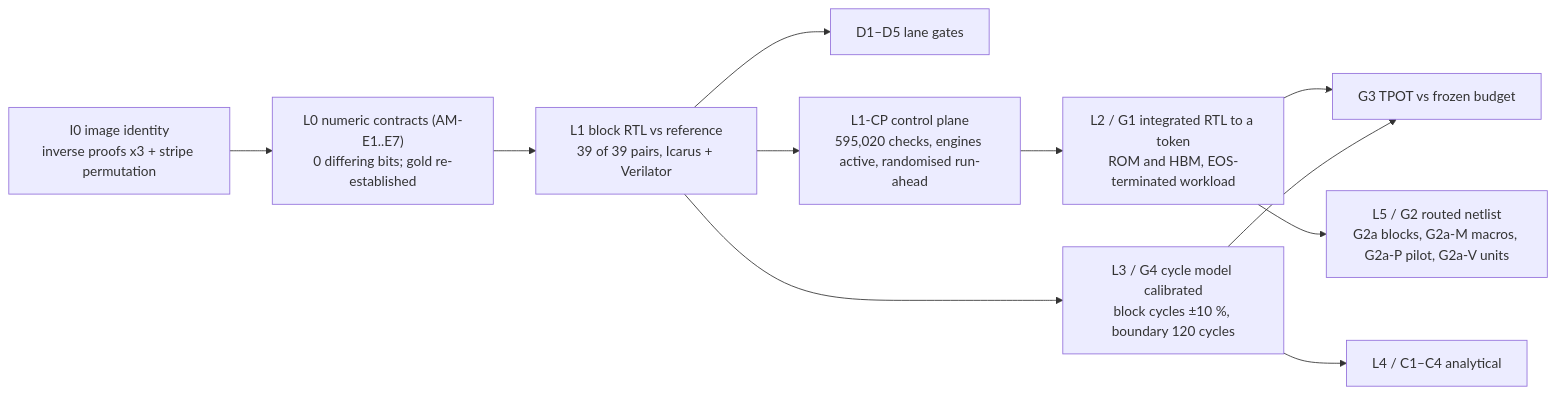
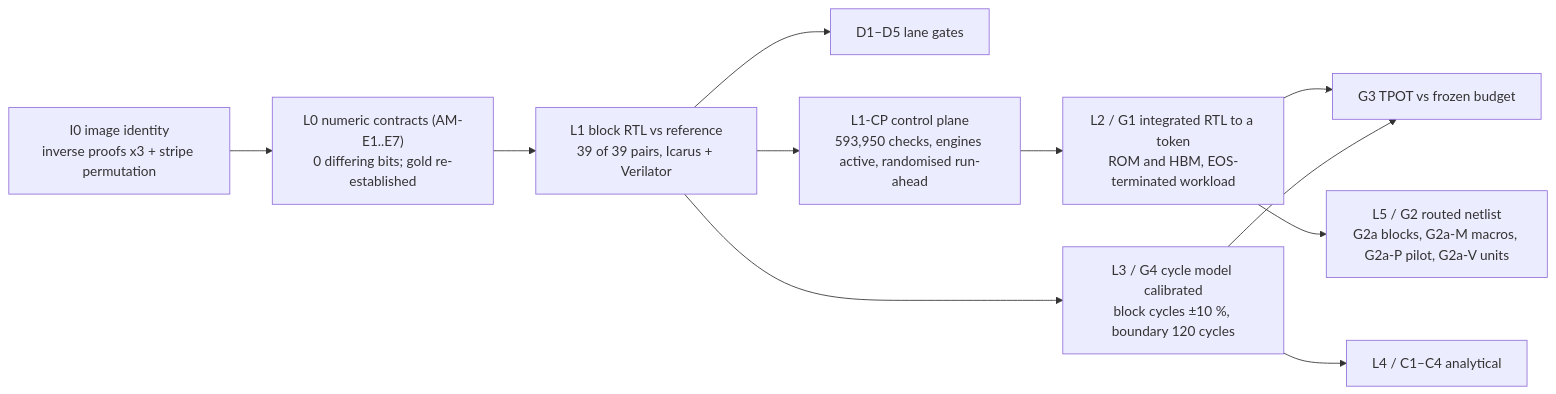
Before and after one commit to bojieli/OpenTallas: the ninth of 9 diagrams in docs/CHIP_ARCHITECTURE_DESIGN.md, drawn with Mermaid. The commit also changed other lines of this file and 3 other files, not shown here.

First line of the commit message:
docs(design): the control plane is routed; say so, and stop quoting 595,020

````diff
--- a/docs/CHIP_ARCHITECTURE_DESIGN.md
+++ b/docs/CHIP_ARCHITECTURE_DESIGN.md
@@ -1269,13 +1269,13 @@
 ```mermaid
 flowchart LR
   I0["I0 image identity<br/>inverse proofs x3 + stripe permutation"] --> L0["L0 numeric contracts (AM-E1..E7)<br/>0 differing bits; gold re-established"]
   L0 --> L1["L1 block RTL vs reference<br/>39 of 39 pairs, Icarus + Verilator"]
   L1 --> D["D1–D5 lane gates"]
-  L1 --> L1CP["L1-CP control plane<br/>595,020 checks, engines active, randomised run-ahead"]
+  L1 --> L1CP["L1-CP control plane<br/>593,950 checks, engines active, randomised run-ahead"]
   L1CP --> L2["L2 / G1 integrated RTL to a token<br/>ROM and HBM, EOS-terminated workload"]
   L1 --> L3["L3 / G4 cycle model calibrated<br/>block cycles ±10 %, boundary 120 cycles"]
   L2 --> G3["G3 TPOT vs frozen budget"]
   L3 --> G3
   L3 --> L4["L4 / C1–C4 analytical"]
   L2 --> L5["L5 / G2 routed netlist<br/>G2a blocks, G2a-M macros, G2a-P pilot, G2a-V units"]
 ```
````
